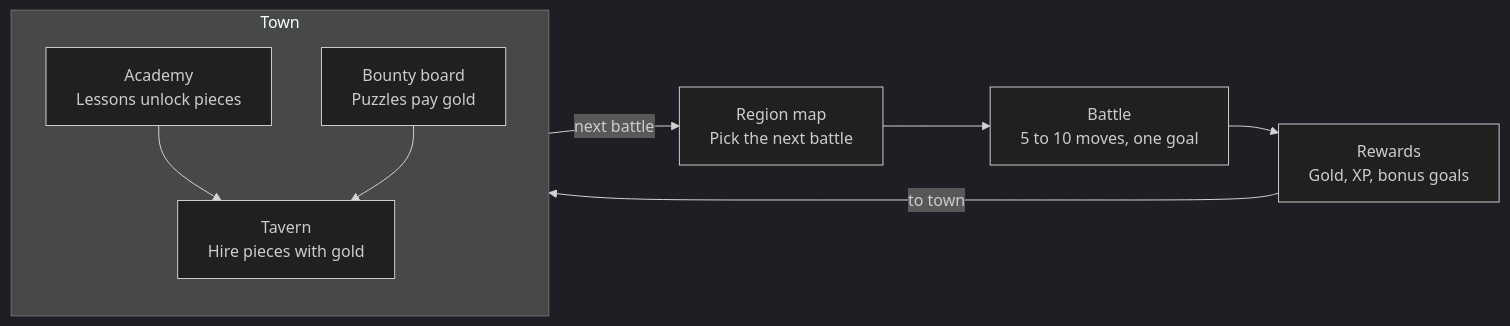
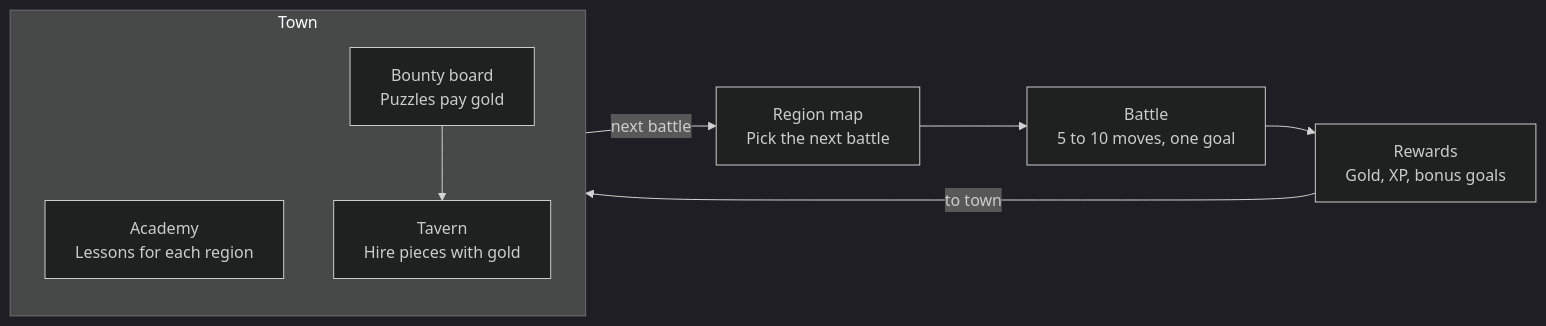
Before and after one commit to avoidthekitchen/chess-rpg-gauntlet: the diagram in docs/design.md, drawn with Mermaid (dark theme). The commit also changed other lines of this file, not shown here.

First line of the commit message:
Design doc: all pieces hireable after tutorial, named hero recruits, Practice mapping

````diff
--- a/docs/design.md
+++ b/docs/design.md
@@ -25,11 +25,11 @@
 ```mermaid
 flowchart LR
     Map["Region map<br/>Pick the next battle"] --> Battle["Battle<br/>5 to 10 moves, one goal"]
     Battle --> Rewards["Rewards<br/>Gold, XP, bonus goals"]
     Rewards -->|to town| Town
     subgraph Town
-        Academy["Academy<br/>Lessons unlock pieces"] --> Tavern["Tavern<br/>Hire pieces with gold"]
-        Bounty["Bounty board<br/>Puzzles pay gold"] --> Tavern
+        Academy["Academy<br/>Lessons for each region"]
+        Bounty["Bounty board<br/>Puzzles pay gold"] --> Tavern["Tavern<br/>Hire pieces with gold"]
     end
     Town -->|next battle| Map
 ```
````
